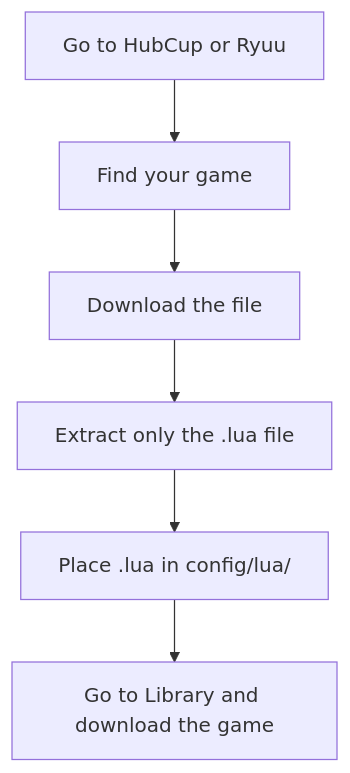
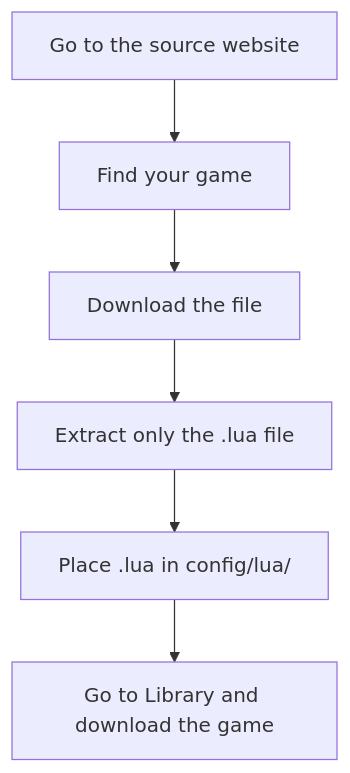
One commit to aitronz/ost-docs changed the diagram in docs/user/getting-started.md. Above: the diagram before and after it, drawn with Mermaid. The commit also changed 1 other file, not shown here.

Commit message:
Add GitHub Pages deployment workflow

````diff
--- a/docs/user/getting-started.md
+++ b/docs/user/getting-started.md
@@ -127,8 +127,8 @@
 ```mermaid
 flowchart TD
-    A[Go to HubCup or Ryuu] --> B[Find your game]
+    A[Go to the source website] --> B[Find your game]
     B --> C[Download the file]
     C --> D[Extract only the .lua file]
     D --> E[Place .lua in config/lua/]
     E --> F[Go to Library and download the game]
 ```
````
